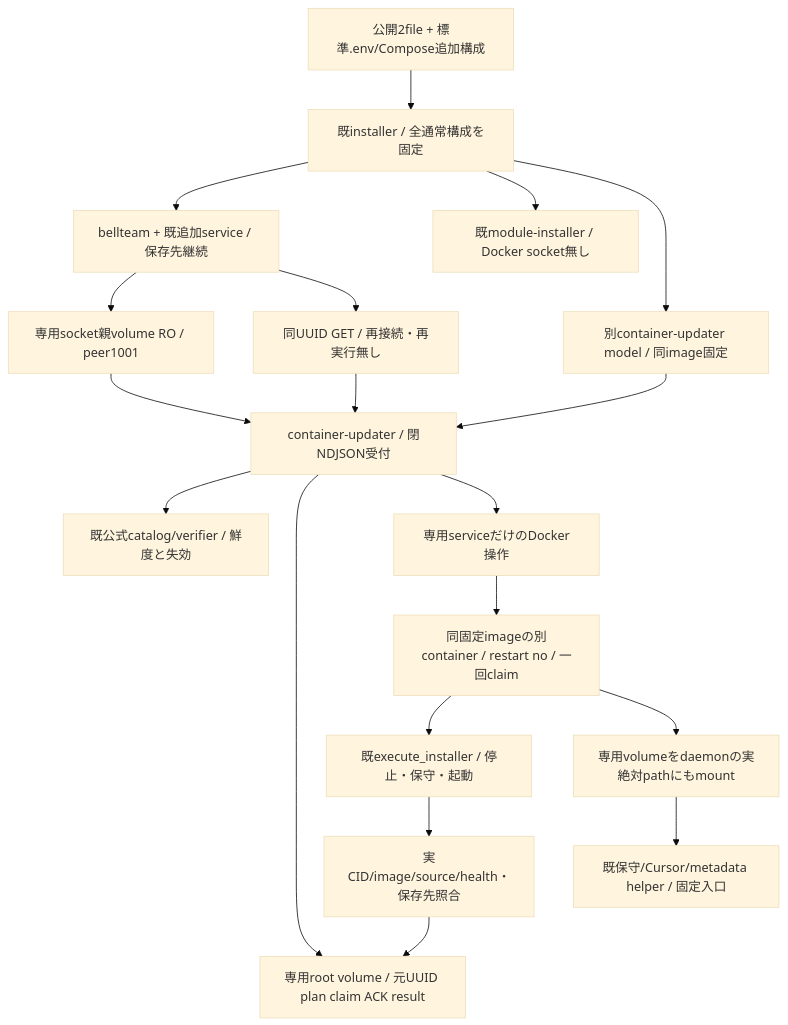
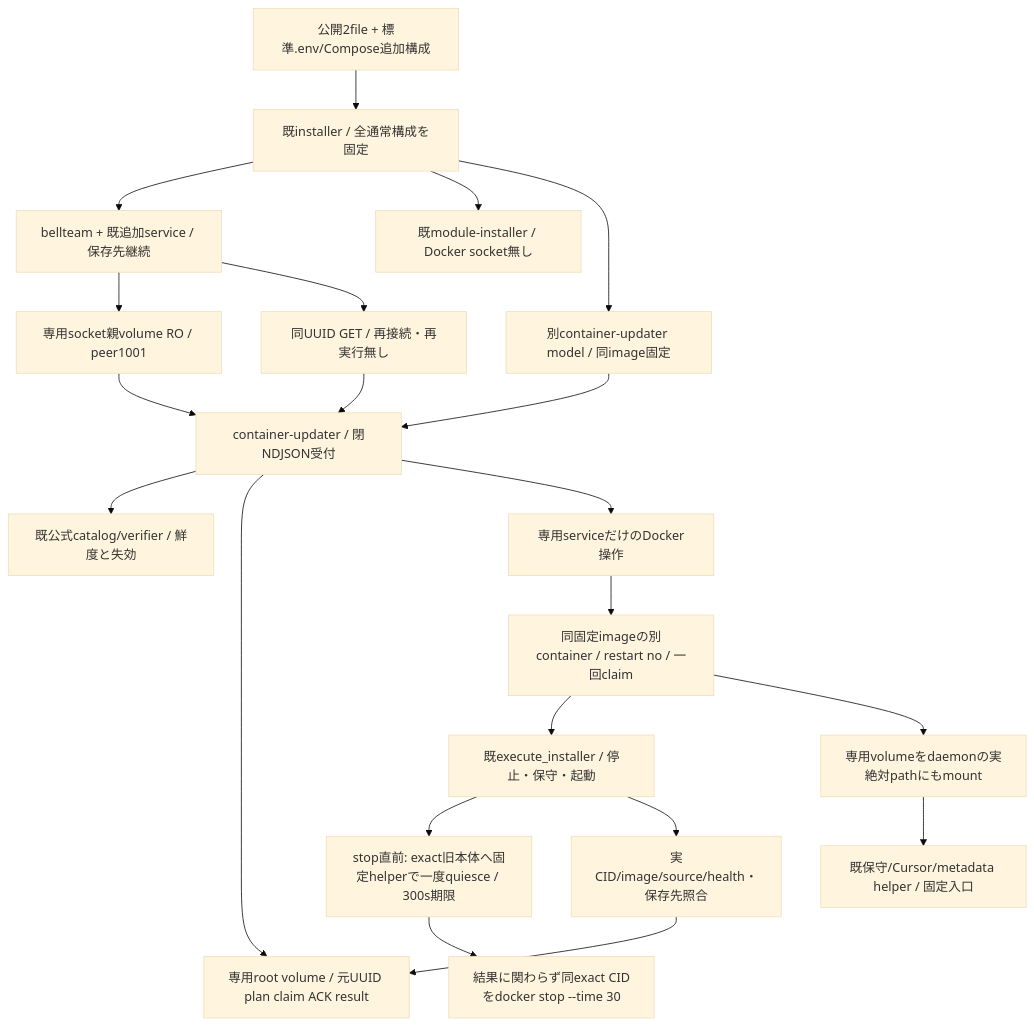
Before and after one commit to kitepon/BellTeam: the first of 4 diagrams in docs/architecture/modules/runtime/container-update-bundled.md, drawn with Mermaid (base theme). The commit also changed other lines of this file and 16 other files, not shown here.

First line of the commit message:
Quiesce the exact old body once before the installer stop (Z-c runtime slice 1)

````diff
--- a/docs/architecture/modules/runtime/container-update-bundled.md
+++ b/docs/architecture/modules/runtime/container-update-bundled.md
@@ -5,21 +5,23 @@
 ```mermaid
 flowchart TD
   Install[公開2file + 標準.env/Compose追加構成] --> Freeze[既installer / 全通常構成を固定]
   Freeze --> Normal[bellteam + 既追加service / 保存先継続]
   Freeze --> Module[既module-installer / Docker socket無し]
   Freeze --> Model[別container-updater model / 同image固定]
   Normal --> Socket[専用socket親volume RO / peer1001]
   Socket --> Admission[container-updater / 閉NDJSON受付]
   Model --> Admission
   Admission --> Catalog[既公式catalog/verifier / 鮮度と失効]
   Admission --> Ledger[専用root volume / 元UUID plan claim ACK result]
   Admission --> Docker[専用serviceだけのDocker操作]
   Docker --> Worker[同固定imageの別container / restart no / 一回claim]
   Worker --> Installer[既execute_installer / 停止・保守・起動]
+  Installer --> Quiesce[stop直前: exact旧本体へ固定helperで一度quiesce / 300s期限]
+  Quiesce --> Stop[結果に関わらず同exact CIDをdocker stop --time 30]
   Installer --> Verify[実CID/image/source/health・保存先照合]
   Verify --> Ledger
   Normal --> Get[同UUID GET / 再接続・再実行無し]
   Get --> Admission
   Worker --> Workspace[専用volumeをdaemonの実絶対pathにもmount]
   Workspace --> Helpers[既保守/Cursor/metadata helper / 固定入口]
 ```
````
